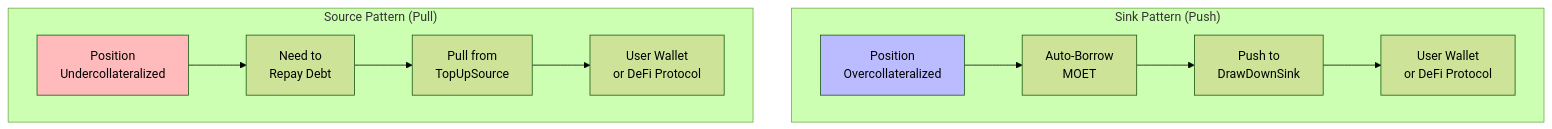
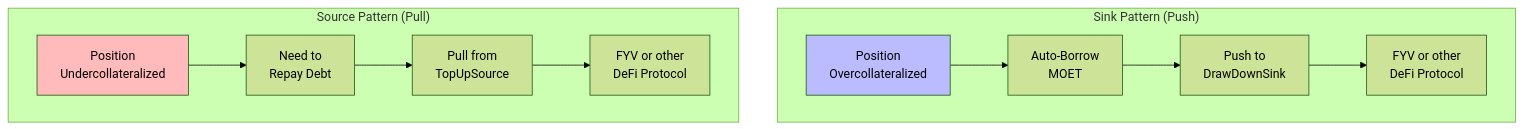
One commit to onflow/docs changed the third of 7 diagrams in docs/defi/alp/architecture.md. Above: the diagram before and after it, drawn with Mermaid (forest theme). The commit also changed other lines of this file and 1 other file, not shown here.

````diff
--- a/docs/defi/alp/architecture.md
+++ b/docs/defi/alp/architecture.md
@@ -200,17 +149,17 @@
 ```mermaid
 graph TB
     subgraph "Sink Pattern (Push)"
         S1[Position<br/>Overcollateralized] --> S2[Auto-Borrow<br/>MOET]
         S2 --> S3[Push to<br/>DrawDownSink]
-        S3 --> S4[User Wallet<br/>or DeFi Protocol]
+        S3 --> S4[FYV or other<br/>DeFi Protocol]
     end
 
     subgraph "Source Pattern (Pull)"
         P1[Position<br/>Undercollateralized] --> P2[Need to<br/>Repay Debt]
         P2 --> P3[Pull from<br/>TopUpSource]
-        P3 --> P4[User Wallet<br/>or DeFi Protocol]
+        P3 --> P4[FYV or other<br/>DeFi Protocol]
     end
 
     style S1 fill:#bbf
     style P1 fill:#fbb
 ```
````
